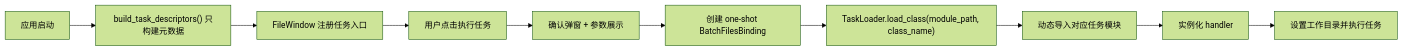
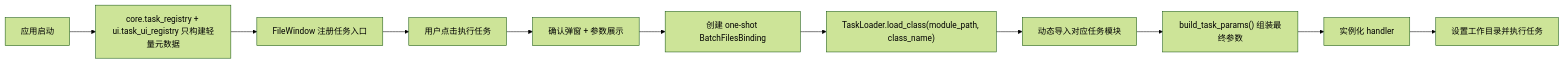
Before and after one commit to waaall/RD-tools: the diagram in docs/dev/lazy-load-design.md, drawn with Mermaid (forest theme). The commit also changed other lines of this file and 35 other files, not shown here.

````diff
--- a/docs/dev/lazy-load-design.md
+++ b/docs/dev/lazy-load-design.md
@@ -65,12 +65,13 @@
 ```mermaid
 flowchart LR
-    A["应用启动"] --> B["build_task_descriptors() 只构建元数据"]
+    A["应用启动"] --> B["core.task_registry + ui.task_ui_registry 只构建轻量元数据"]
     B --> C["FileWindow 注册任务入口"]
     C --> D["用户点击执行任务"]
     D --> E["确认弹窗 + 参数展示"]
     E --> F["创建 one-shot BatchFilesBinding"]
     F --> G["TaskLoader.load_class(module_path, class_name)"]
     G --> H["动态导入对应任务模块"]
-    H --> I["实例化 handler"]
-    I --> J["设置工作目录并执行任务"]
+    H --> I["build_task_params() 组装最终参数"]
+    I --> J["实例化 handler"]
+    J --> K["设置工作目录并执行任务"]
 ```
````
